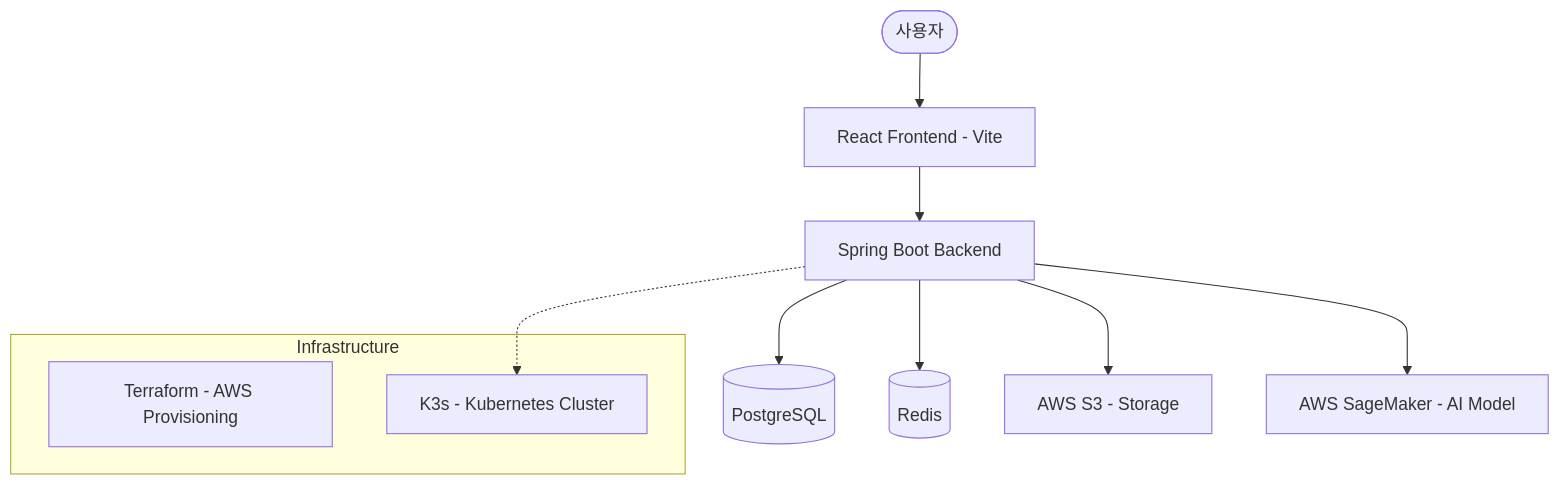
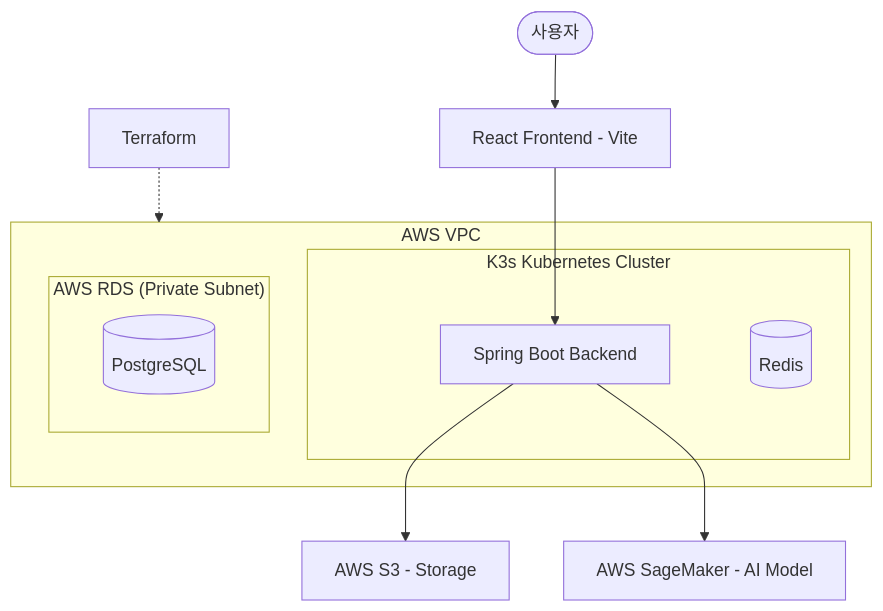
One commit to woosung142/Gloc-key changed the diagram in README.md. Above: the diagram before and after it, drawn with Mermaid. The commit also changed other lines of this file, not shown here.

Commit message:
docs: 수정

````diff
--- a/README.md
+++ b/README.md
@@ -11,16 +11,21 @@
 ```mermaid
 graph TD
     User([사용자]) --> Frontend[React Frontend - Vite]
     Frontend --> API[Spring Boot Backend]
-    API --> DB[(PostgreSQL)]
-    API --> Redis[(Redis)]
+    
+    subgraph AWS_VPC["AWS VPC"]
+        subgraph K3s_Cluster["K3s Kubernetes Cluster"]
+            API
+            Redis[(Redis)]
+        end
+        
+        subgraph DB_Private["AWS RDS (Private Subnet)"]
+            DB[(PostgreSQL)]
+        end
+    end
+    
     API --> S3[AWS S3 - Storage]
     API --> SageMaker[AWS SageMaker - AI Model]
     
-    subgraph Infrastructure
-        Terraform[Terraform - AWS Provisioning]
-        K3s[K3s - Kubernetes Cluster]
-    end
-    
-    API -.-> K3s
+    Terraform[Terraform] -.-> AWS_VPC
 ```
````
